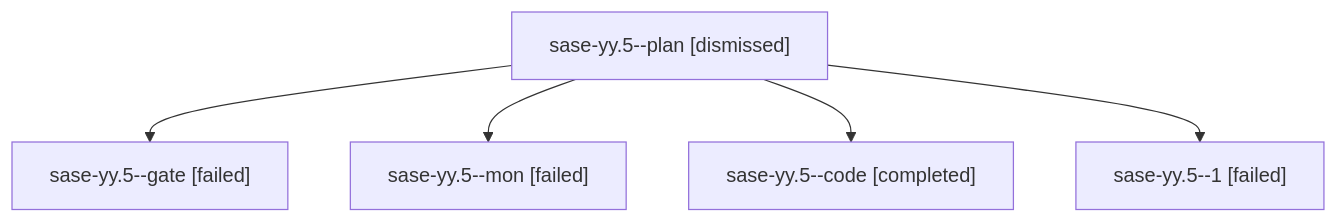
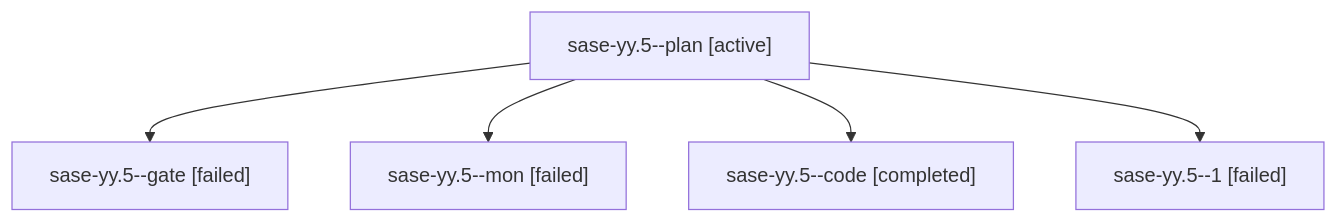
The diagram in families/bbugyi200.athena.sase-yy.5.md (sase-org/sase--agents), drawn with Mermaid before and after one commit. The commit also changed other lines of this file and 288 other files, not shown here.

````diff
--- a/families/bbugyi200.athena.sase-yy.5.md
+++ b/families/bbugyi200.athena.sase-yy.5.md
@@ -9,12 +9,12 @@
 ```mermaid
 flowchart TD
-  n0["sase-yy.5--plan [dismissed]"]
+  n0["sase-yy.5--plan [active]"]
   n1["sase-yy.5--gate [failed]"]
   n0 --> n1
   n2["sase-yy.5--mon [failed]"]
   n0 --> n2
   n3["sase-yy.5--code [completed]"]
   n0 --> n3
   n4["sase-yy.5--1 [failed]"]
   n0 --> n4
 ```
````
